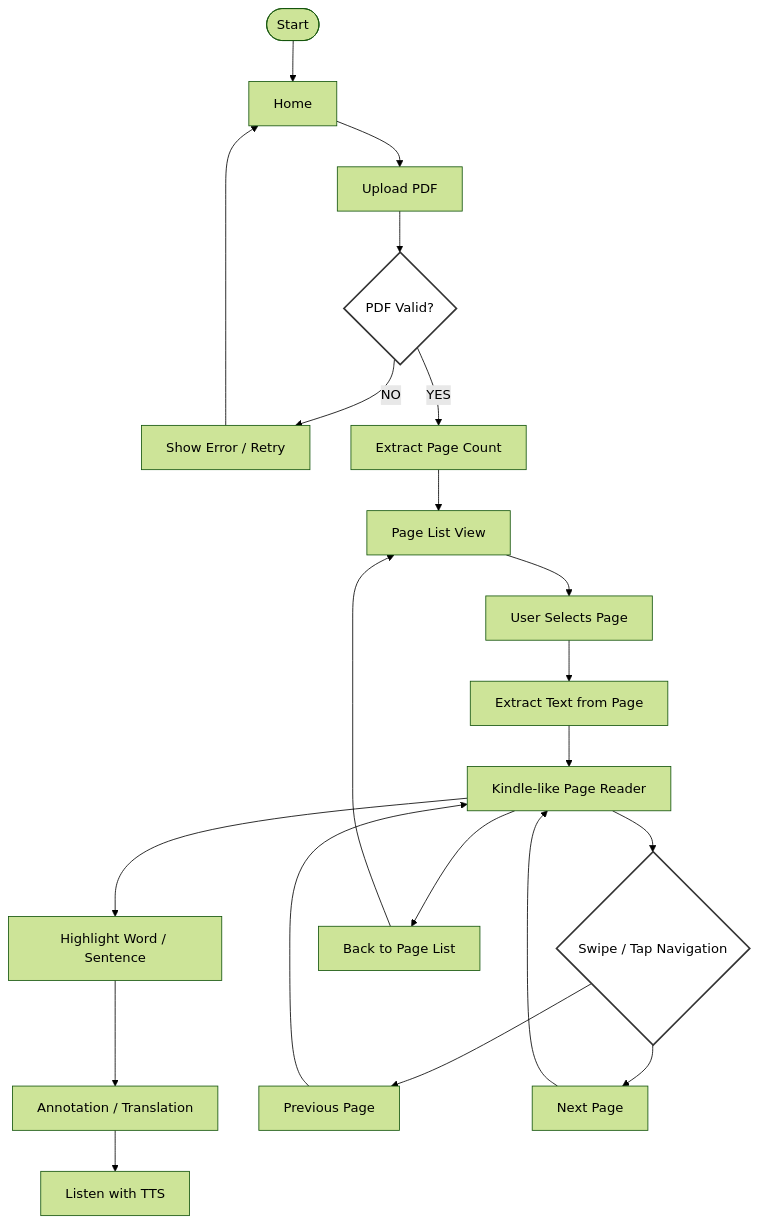
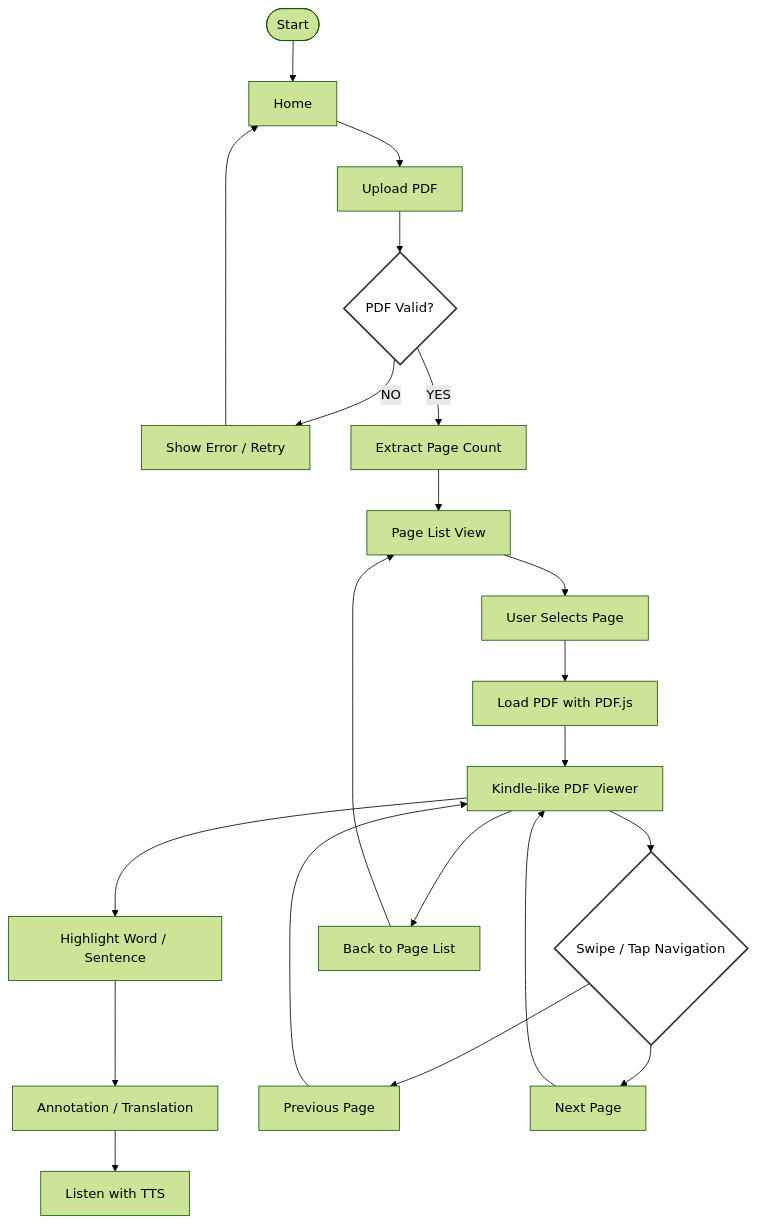
Before and after one commit to ventodeco/annota-gemini-hackathon-3: the fifth of 6 diagrams in docs/prd.md, drawn with Mermaid (forest theme). The commit also changed other lines of this file and 17 other files, not shown here.

First line of the commit message:
feat: integrate PDF.js for rendering and enhance DocumentPage with continuous PDF viewer

````diff
--- a/docs/prd.md
+++ b/docs/prd.md
@@ -245,31 +245,31 @@
 ```mermaid
 graph TD
     Start([Start]) --> Home[Home]
     Home --> UploadPDF[Upload PDF]
     UploadPDF --> Validation{PDF Valid?}
 
     Validation -- NO --> Error[Show Error / Retry]
     Error --> Home
     Validation -- YES --> Processing[Extract Page Count]
 
     Processing --> PageList[Page List View]
     PageList --> SelectPage[User Selects Page]
-    SelectPage --> ExtractText[Extract Text from Page]
-    ExtractText --> Reader[Kindle-like Page Reader]
+    SelectPage --> LoadPDF[Load PDF with PDF.js]
+    LoadPDF --> Reader[Kindle-like PDF Viewer]
 
     Reader --> Highlight[Highlight Word / Sentence]
     Highlight --> Annotation[Annotation / Translation]
     Annotation --> TTS[Listen with TTS]
 
     Reader --> SwipeNav{Swipe / Tap Navigation}
     SwipeNav --> PrevPage[Previous Page]
     SwipeNav --> NextPage[Next Page]
     PrevPage --> Reader
     NextPage --> Reader
 
     Reader --> BackToList[Back to Page List]
     BackToList --> PageList
 
     style Validation fill:#fff,stroke:#333,stroke-width:2px
     style SwipeNav fill:#fff,stroke:#333,stroke-width:2px
 ```
````
